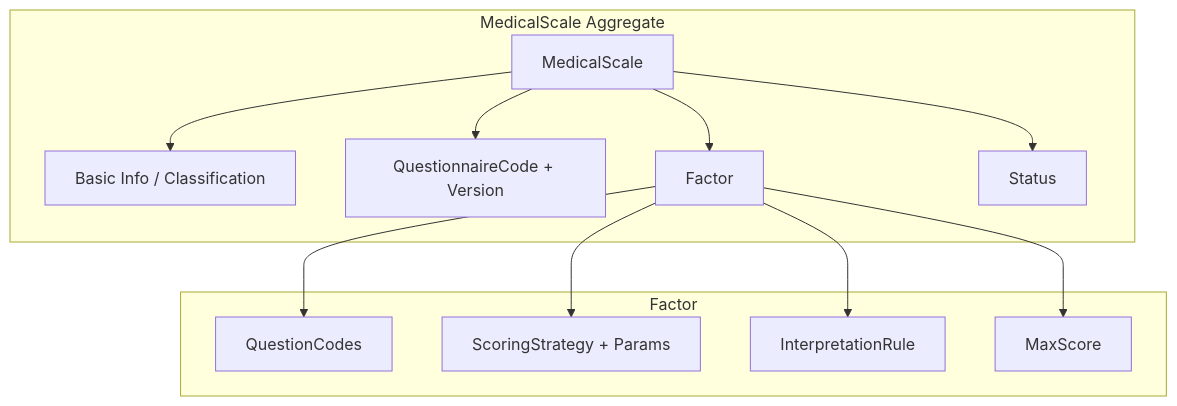
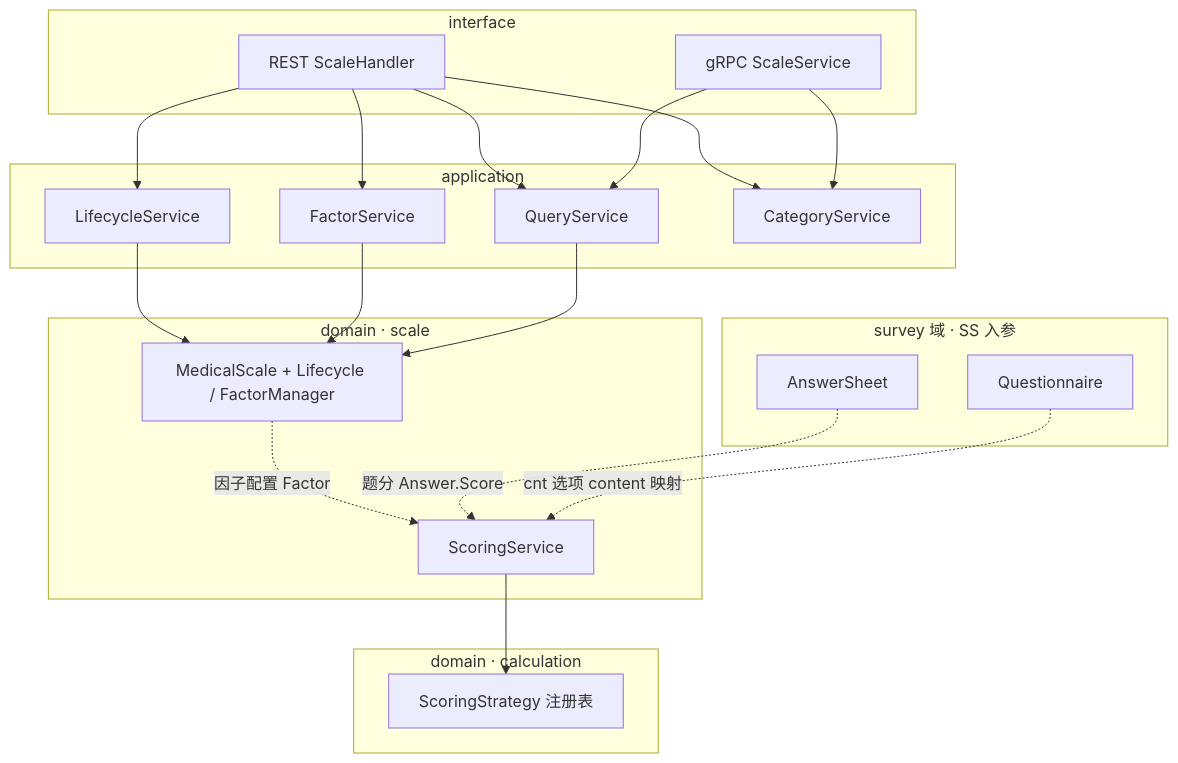
The third of 4 diagrams in docs/02-业务模块/02-scale.md (FangcunMount/qs-server), drawn with Mermaid before and after one commit. The commit also changed other lines of this file and 34 other files, not shown here.

````diff
--- a/docs/02-业务模块/02-scale.md
+++ b/docs/02-业务模块/02-scale.md
@@ -82,26 +175,44 @@
 ```mermaid
-flowchart TD
-    subgraph scale[MedicalScale Aggregate]
-        ms[MedicalScale]
-        info[Basic Info / Classification]
-        qref[QuestionnaireCode + Version]
-        factor[Factor]
-        status[Status]
+flowchart TB
+    subgraph IF[interface]
+        REST[REST ScaleHandler]
+        GRPC[gRPC ScaleService]
     end
 
-    subgraph factorDetail[Factor]
-        qcodes[QuestionCodes]
-        scoring[ScoringStrategy + Params]
-        rule[InterpretationRule]
-        maxscore[MaxScore]
+    subgraph APP[application]
+        LSV[LifecycleService]
+        FSV[FactorService]
+        QSV[QueryService]
+        CSV[CategoryService]
     end
 
-    ms --> info
-    ms --> qref
-    ms --> factor
-    ms --> status
-    factor --> qcodes
-    factor --> scoring
-    factor --> rule
-    factor --> maxscore
+    subgraph DOM[domain · scale]
+        MS[MedicalScale + Lifecycle / FactorManager]
+        SS[ScoringService]
+    end
+
+    subgraph CALC[domain · calculation]
+        STRAT[ScoringStrategy 注册表]
+    end
+
+    subgraph SUR[survey 域 · SS 入参]
+        SH[AnswerSheet]
+        QN[Questionnaire]
+    end
+
+    REST --> LSV
+    REST --> FSV
+    REST --> QSV
+    REST --> CSV
+    GRPC --> QSV
+    GRPC --> CSV
+
+    LSV --> MS
+    FSV --> MS
+    QSV --> MS
+
+    MS -.->|因子配置 Factor| SS
+    SH -.->|题分 Answer.Score| SS
+    QN -.->|cnt 选项 content 映射| SS
+    SS --> STRAT
 ```
````
